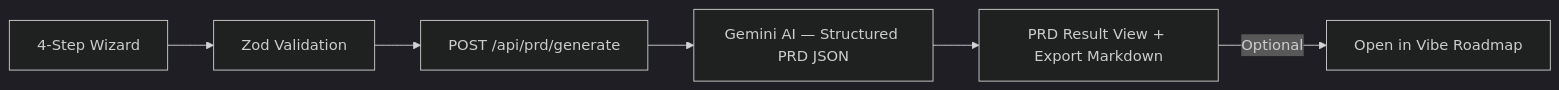
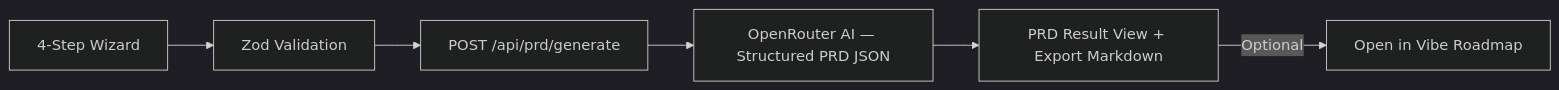
The second of 3 diagrams in README.md (AZWALUWU/arch-advisor), drawn with Mermaid (dark theme) before and after one commit. The commit also changed other lines of this file and 14 other files, not shown here.

````diff
--- a/README.md
+++ b/README.md
@@ -139,8 +141,8 @@
 ```mermaid
 flowchart LR
     A["4-Step Wizard"] --> B["Zod Validation"]
     B --> C["POST /api/prd/generate"]
-    C --> D["Gemini AI — Structured PRD JSON"]
+    C --> D["OpenRouter AI — Structured PRD JSON"]
     D --> E["PRD Result View + Export Markdown"]
     E -->|Optional| F["Open in Vibe Roadmap"]
 ```
````
